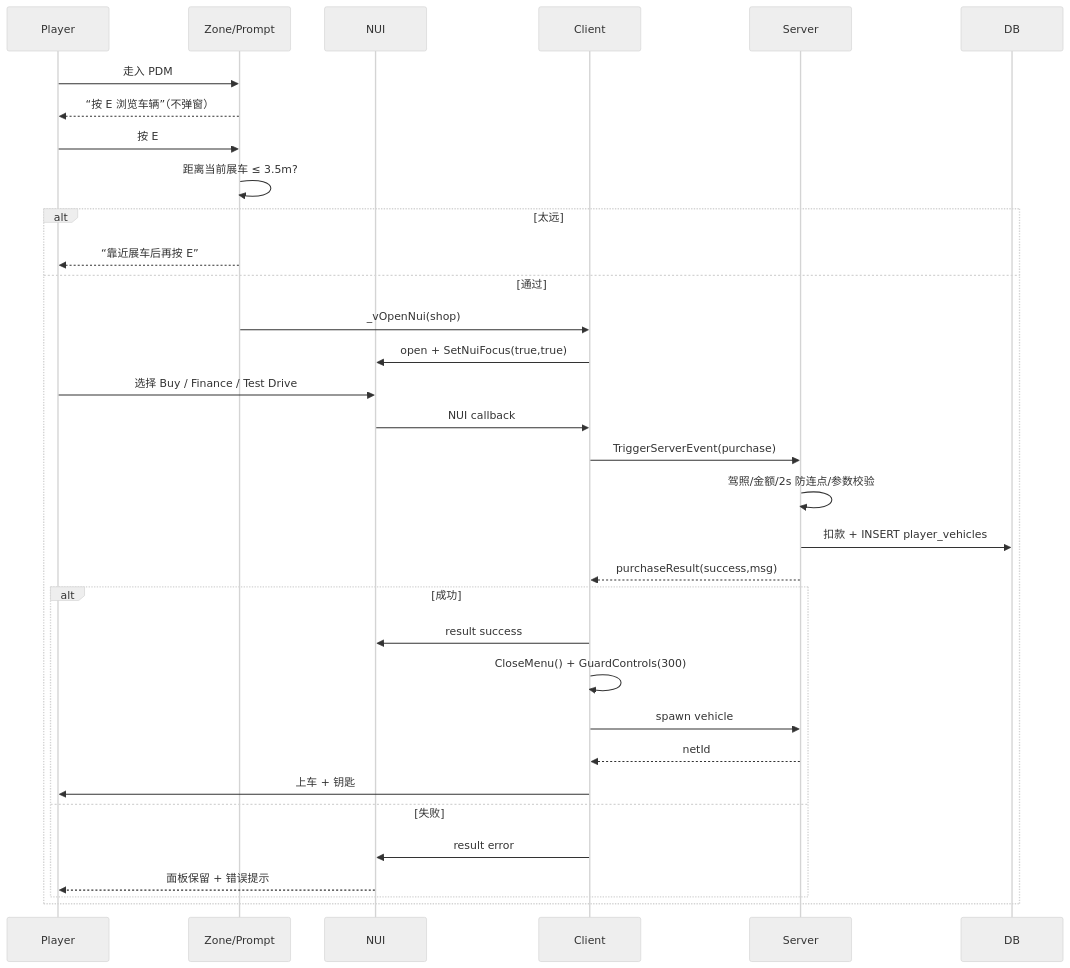
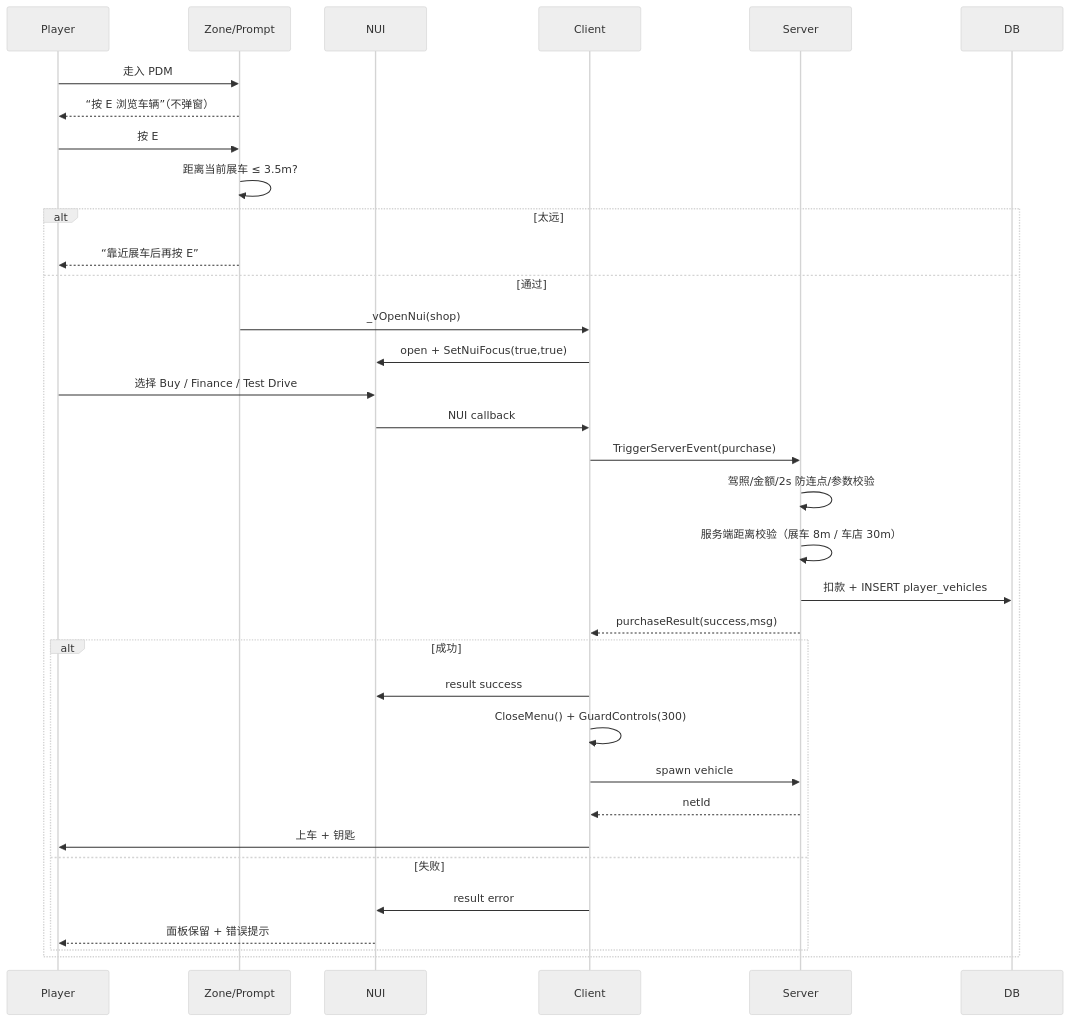
The second of 3 diagrams in T-CityLite.base/docs/menu-interaction-design.md (wenkais196-Gabriel/T-City), drawn with Mermaid (neutral theme) before and after one commit. The commit also changed other lines of this file, not shown here.

````diff
--- a/T-CityLite.base/docs/menu-interaction-design.md
+++ b/T-CityLite.base/docs/menu-interaction-design.md
@@ -36,36 +36,37 @@
 ```mermaid
 sequenceDiagram
     participant P as Player
     participant Z as Zone/Prompt
     participant N as NUI
     participant C as Client
     participant S as Server
     participant DB as DB
 
     P->>Z: 走入 PDM
     Z-->>P: “按 E 浏览车辆”（不弹窗）
     P->>Z: 按 E
     Z->>Z: 距离当前展车 ≤ 3.5m?
     alt 太远
         Z-->>P: “靠近展车后再按 E”
     else 通过
         Z->>C: _vOpenNui(shop)
         C->>N: open + SetNuiFocus(true,true)
         P->>N: 选择 Buy / Finance / Test Drive
         N->>C: NUI callback
         C->>S: TriggerServerEvent(purchase)
         S->>S: 驾照/金额/2s 防连点/参数校验
+        S->>S: 服务端距离校验（展车 8m / 车店 30m）
         S->>DB: 扣款 + INSERT player_vehicles
         S-->>C: purchaseResult(success,msg)
         alt 成功
             C->>N: result success
             C->>C: CloseMenu() + GuardControls(300)
             C->>S: spawn vehicle
             S-->>C: netId
             C->>P: 上车 + 钥匙
         else 失败
             C->>N: result error
             N-->>P: 面板保留 + 错误提示
         end
     end
 ```
````
